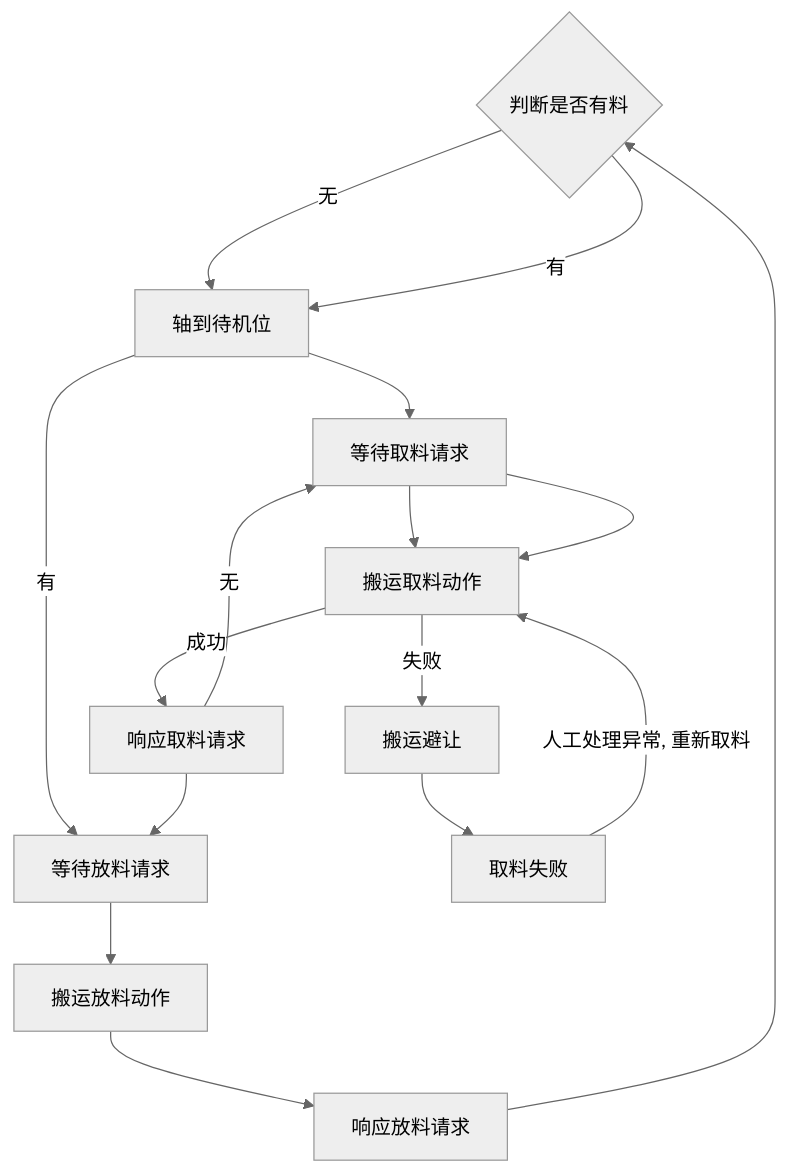
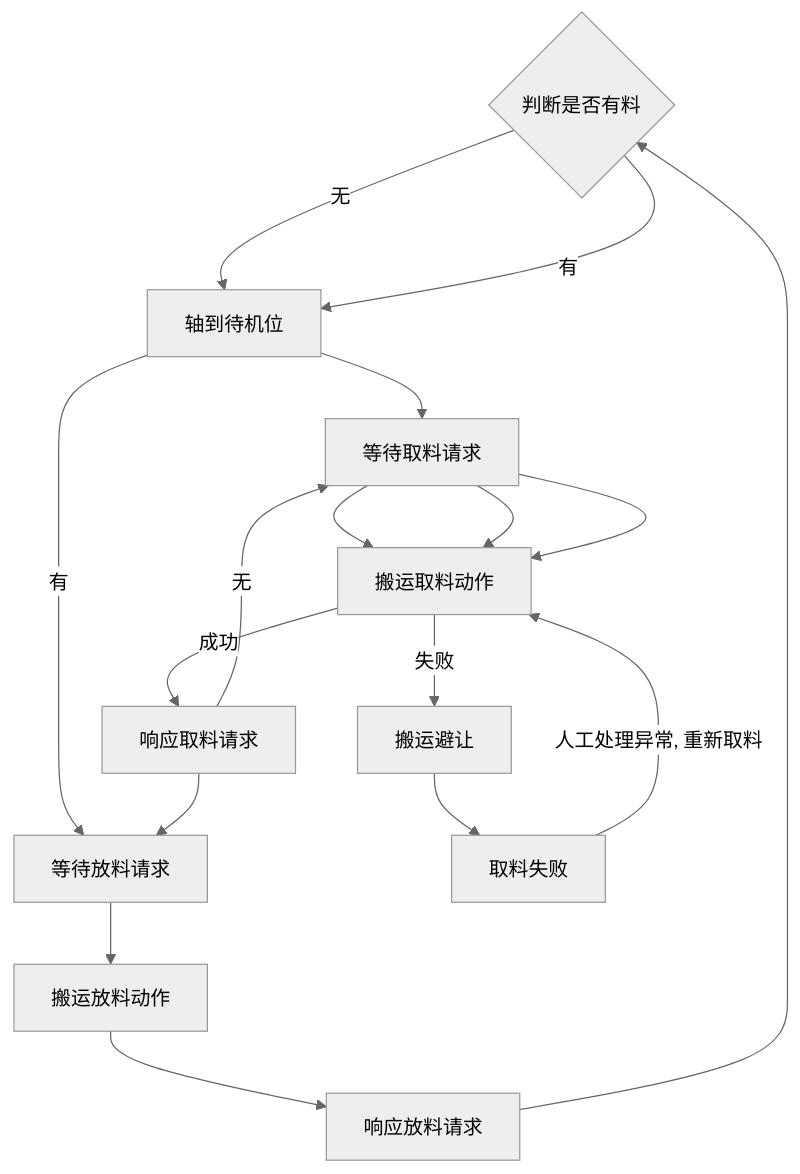
One commit to PengKun1/iodraw-files changed the diagram in all/OP10 自动流程.md. Above: the diagram before and after it, drawn with Mermaid (neutral theme).

Commit message:
2024-08-02 10:57:33 update

````diff
--- a/all/OP10 自动流程.md
+++ b/all/OP10 自动流程.md
@@ -1,21 +1,21 @@
 ```mermaid
 graph TD
 10{判断是否有料}-->|无|20
 10-->|有|20
 20[轴到待机位]-->30
 30[气缸到待机位]-->40
-
+30[气缸到待机位]-->40
 50{是否焊接完成}-->|无|30
 20-->|有|60
 30[等待取料请求]-->40
 40[搬运取料动作]-->|成功|50
 40-->|失败|90
 50[响应取料请求]-->60
 60[等待放料请求]-->70
 70[搬运放料动作]-->80
 80[响应放料请求]-->10
 
 90[搬运避让]-->900
 
 900[取料失败]-->|人工处理异常, 重新取料|40
 ```
````
